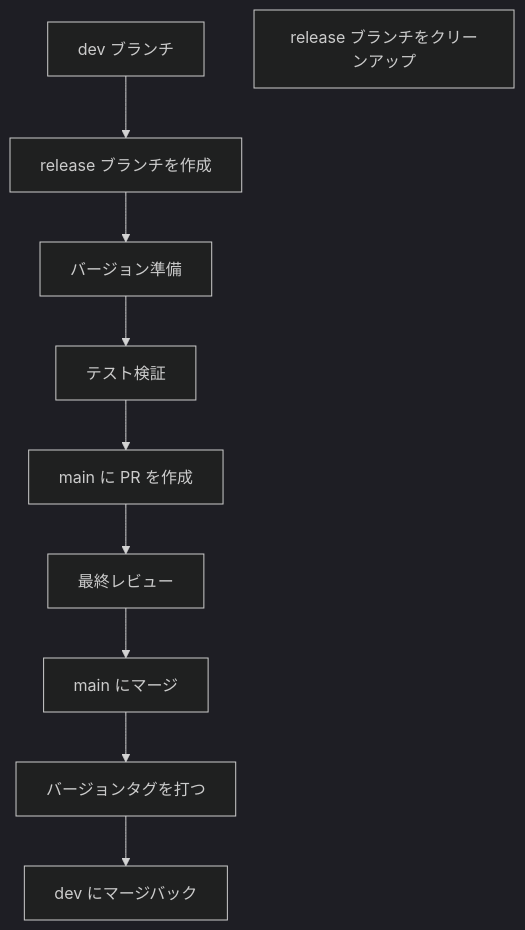
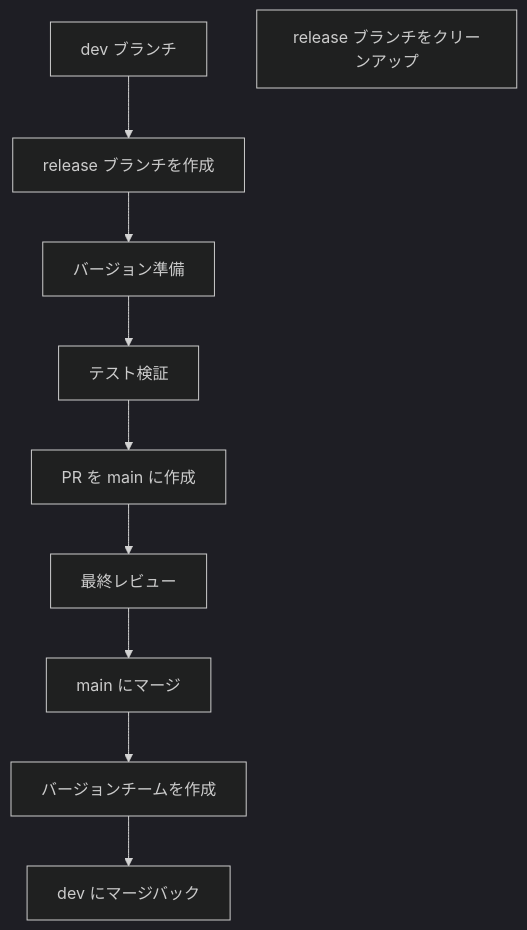
Before and after one commit to ChenXu233/YaoXiang: the third of 3 diagrams in docs/src/ja/dev/branch-maintenance-guide.md, drawn with Mermaid (dark theme). The commit also changed other lines of this file and 392 other files, not shown here.

````diff
--- a/docs/src/ja/dev/branch-maintenance-guide.md
+++ b/docs/src/ja/dev/branch-maintenance-guide.md
@@ -183,12 +181,12 @@
 ```mermaid
 graph TD
     A[dev ブランチ] --> B[release ブランチを作成]
     B --> C[バージョン準備]
     C --> D[テスト検証]
-    D --> E[main に PR を作成]
+    D --> E[PR を main に作成]
     E --> F[最終レビュー]
     F --> G[main にマージ]
-    G --> H[バージョンタグを打つ]
+    G --> H[バージョンチームを作成]
     H --> I[dev にマージバック]
     J[release ブランチをクリーンアップ]
 ```
````
